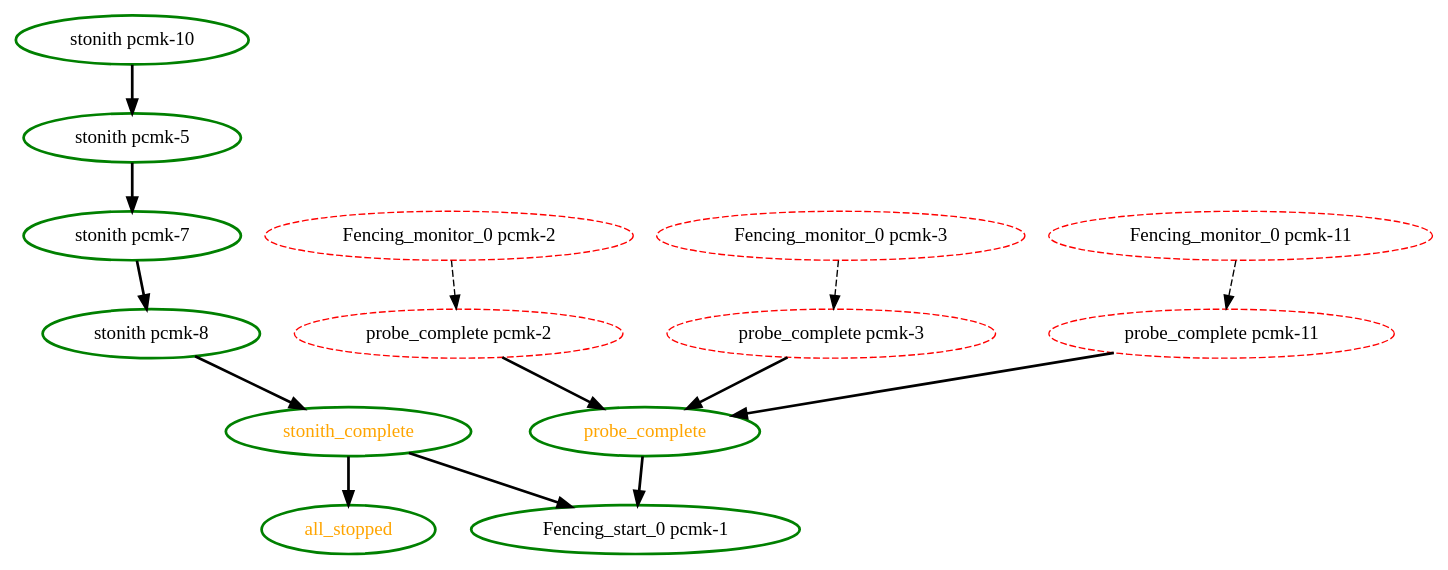
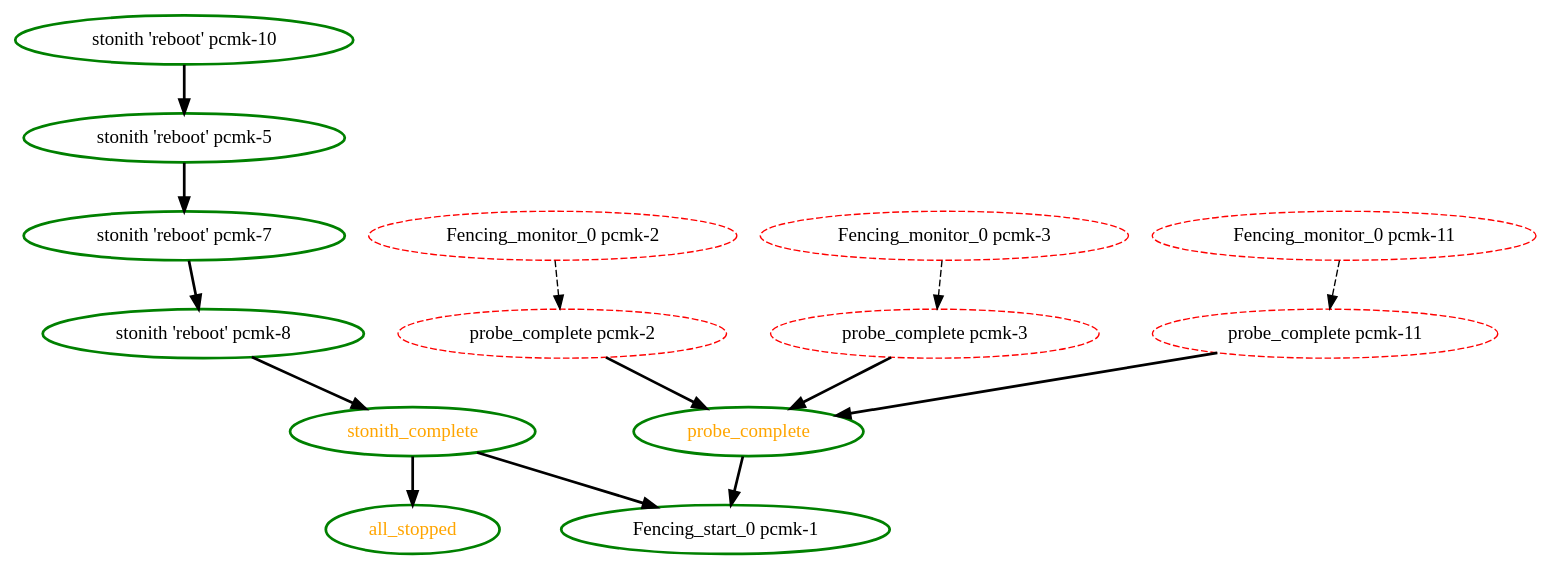
One commit to ClusterLabs/pacemaker changed the diagram in pengine/test10/stonith-4.dot. Above: the diagram before and after it, drawn with Graphviz. The commit also changed 51 other files, not shown here.

Commit message:
Test: PE: Include stonith operation in .dot graph regression test results

```diff
--- a/pengine/test10/stonith-4.dot
+++ b/pengine/test10/stonith-4.dot
@@ -1,29 +1,29 @@
 digraph "g" {
 "Fencing_monitor_0 pcmk-11" -> "probe_complete pcmk-11" [ style = dashed]
 "Fencing_monitor_0 pcmk-11" [ style=dashed color="red" fontcolor="black"]
 "Fencing_monitor_0 pcmk-2" -> "probe_complete pcmk-2" [ style = dashed]
 "Fencing_monitor_0 pcmk-2" [ style=dashed color="red" fontcolor="black"]
 "Fencing_monitor_0 pcmk-3" -> "probe_complete pcmk-3" [ style = dashed]
 "Fencing_monitor_0 pcmk-3" [ style=dashed color="red" fontcolor="black"]
 "Fencing_start_0 pcmk-1" [ style=bold color="green" fontcolor="black"]
 "all_stopped" [ style=bold color="green" fontcolor="orange"]
 "probe_complete pcmk-11" -> "probe_complete" [ style = bold]
 "probe_complete pcmk-11" [ style=dashed color="red" fontcolor="black"]
 "probe_complete pcmk-2" -> "probe_complete" [ style = bold]
 "probe_complete pcmk-2" [ style=dashed color="red" fontcolor="black"]
 "probe_complete pcmk-3" -> "probe_complete" [ style = bold]
 "probe_complete pcmk-3" [ style=dashed color="red" fontcolor="black"]
 "probe_complete" -> "Fencing_start_0 pcmk-1" [ style = bold]
 "probe_complete" [ style=bold color="green" fontcolor="orange"]
-"stonith pcmk-10" -> "stonith pcmk-5" [ style = bold]
-"stonith pcmk-10" [ style=bold color="green" fontcolor="black"]
-"stonith pcmk-5" -> "stonith pcmk-7" [ style = bold]
-"stonith pcmk-5" [ style=bold color="green" fontcolor="black"]
-"stonith pcmk-7" -> "stonith pcmk-8" [ style = bold]
-"stonith pcmk-7" [ style=bold color="green" fontcolor="black"]
-"stonith pcmk-8" -> "stonith_complete" [ style = bold]
-"stonith pcmk-8" [ style=bold color="green" fontcolor="black"]
+"stonith 'reboot' pcmk-10" -> "stonith 'reboot' pcmk-5" [ style = bold]
+"stonith 'reboot' pcmk-10" [ style=bold color="green" fontcolor="black"]
+"stonith 'reboot' pcmk-5" -> "stonith 'reboot' pcmk-7" [ style = bold]
+"stonith 'reboot' pcmk-5" [ style=bold color="green" fontcolor="black"]
+"stonith 'reboot' pcmk-7" -> "stonith 'reboot' pcmk-8" [ style = bold]
+"stonith 'reboot' pcmk-7" [ style=bold color="green" fontcolor="black"]
+"stonith 'reboot' pcmk-8" -> "stonith_complete" [ style = bold]
+"stonith 'reboot' pcmk-8" [ style=bold color="green" fontcolor="black"]
 "stonith_complete" -> "Fencing_start_0 pcmk-1" [ style = bold]
 "stonith_complete" -> "all_stopped" [ style = bold]
 "stonith_complete" [ style=bold color="green" fontcolor="orange"]
 }
```
